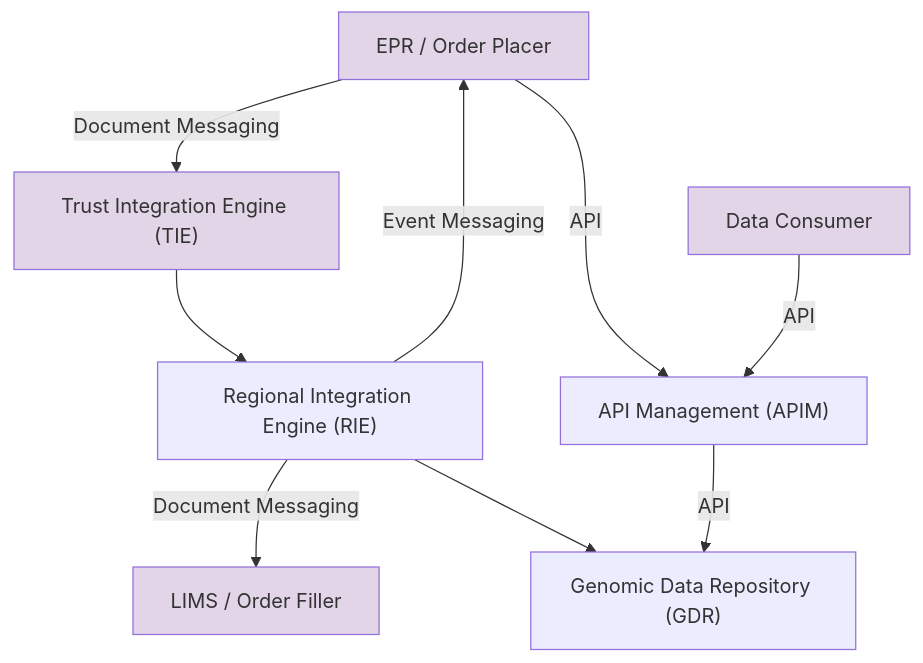
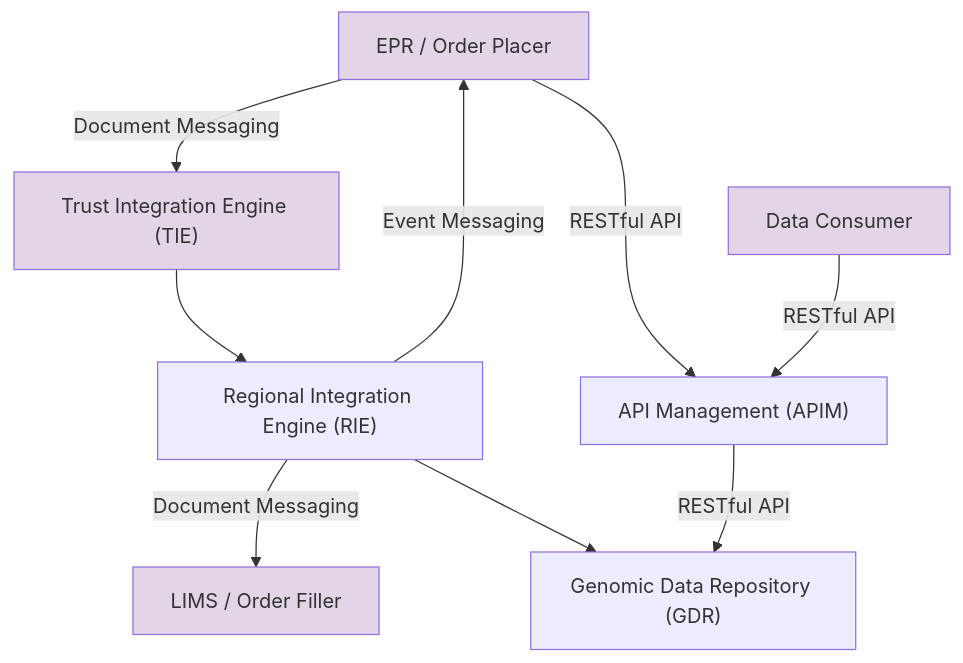
The first of 6 diagrams in input/pagecontent/exchange.md (uk-gov-mirror/nw-gmsa.nw-gmsa.github.com), drawn with Mermaid before and after one commit. The commit also changed other lines of this file, not shown here.

````diff
--- a/input/pagecontent/exchange.md
+++ b/input/pagecontent/exchange.md
@@ -94,23 +94,23 @@
 ```mermaid
 graph TD
 
 EPR[EPR / Order Placer]
 TIE["Trust Integration Engine (TIE)"]
 RIE["Regional Integration Engine (RIE)"]
 LIMS[LIMS / Order Filler]
 GDR["Genomic Data Repository (GDR)"]
 DC["Data Consumer"]
 HIE["API Management (APIM)"]
 
 EPR --> |Document Messaging| TIE
 TIE --> RIE
 RIE --> |Document Messaging| LIMS
 RIE --> GDR
 RIE --> |Event Messaging| EPR
-EPR --> |API| HIE
-DC --> |API| HIE
-HIE -->|API| GDR 
+EPR --> |RESTful API| HIE
+DC --> |RESTful API| HIE
+HIE -->|RESTful API| GDR 
 
 classDef purple fill:#E1D5E7;
 class EPR,TIE,LIMS,DC purple
 ```
````
